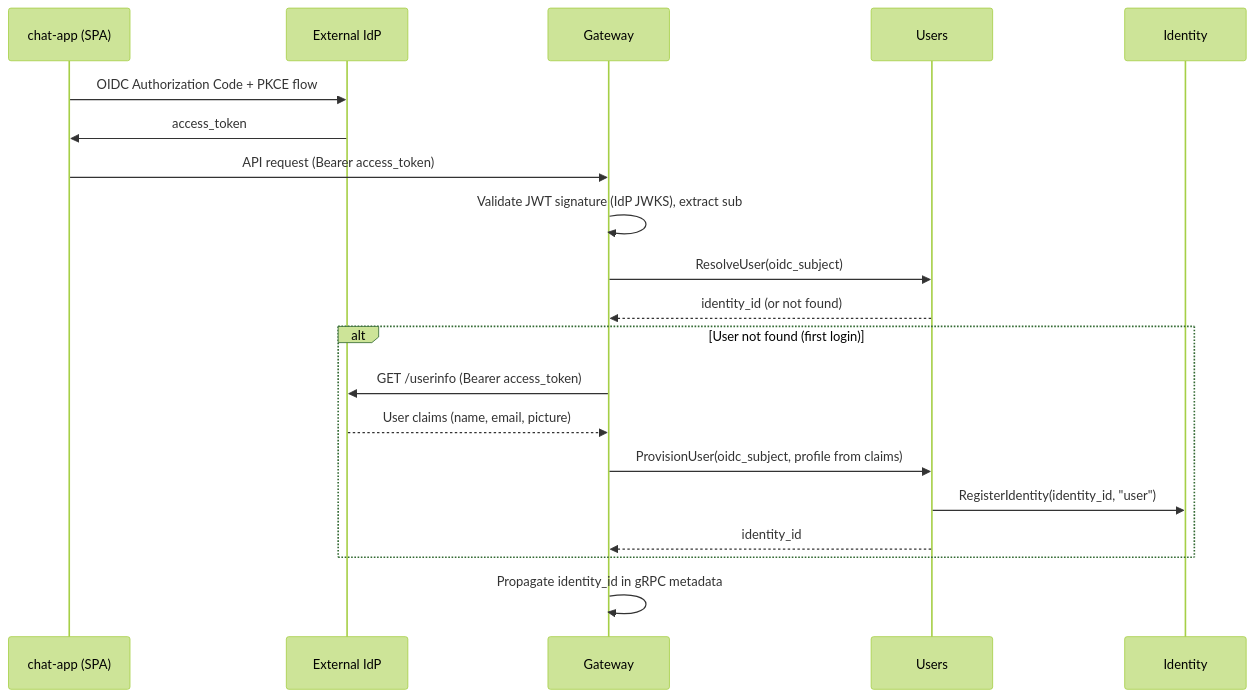
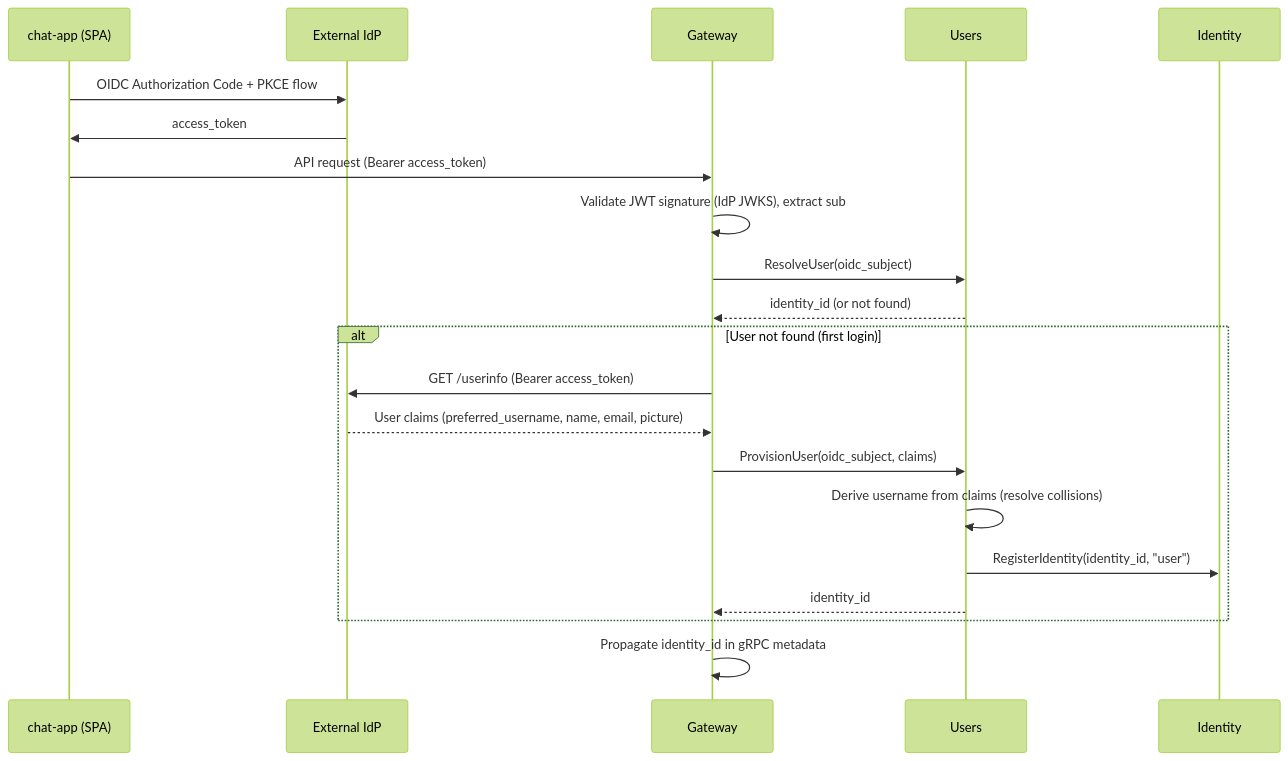
The second of 3 diagrams in architecture/users.md (agynio/architecture), drawn with Mermaid (forest theme) before and after one commit. The commit also changed other lines of this file and 5 other files, not shown here.

````diff
--- a/architecture/users.md
+++ b/architecture/users.md
@@ -145,23 +215,24 @@
 ```mermaid
 sequenceDiagram
     participant App as chat-app (SPA)
     participant IdP as External IdP
     participant GW as Gateway
     participant US as Users
     participant IS as Identity
 
     App->>IdP: OIDC Authorization Code + PKCE flow
     IdP->>App: access_token
     App->>GW: API request (Bearer access_token)
     GW->>GW: Validate JWT signature (IdP JWKS), extract sub
     GW->>US: ResolveUser(oidc_subject)
     US-->>GW: identity_id (or not found)
     alt User not found (first login)
         GW->>IdP: GET /userinfo (Bearer access_token)
-        IdP-->>GW: User claims (name, email, picture)
-        GW->>US: ProvisionUser(oidc_subject, profile from claims)
+        IdP-->>GW: User claims (preferred_username, name, email, picture)
+        GW->>US: ProvisionUser(oidc_subject, claims)
+        US->>US: Derive username from claims (resolve collisions)
         US->>IS: RegisterIdentity(identity_id, "user")
         US-->>GW: identity_id
     end
     GW->>GW: Propagate identity_id in gRPC metadata
 ```
````
